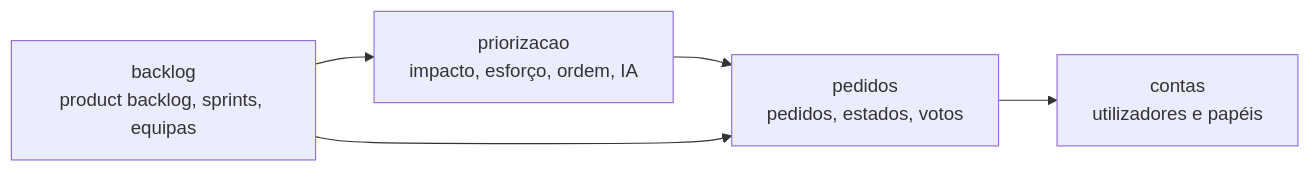
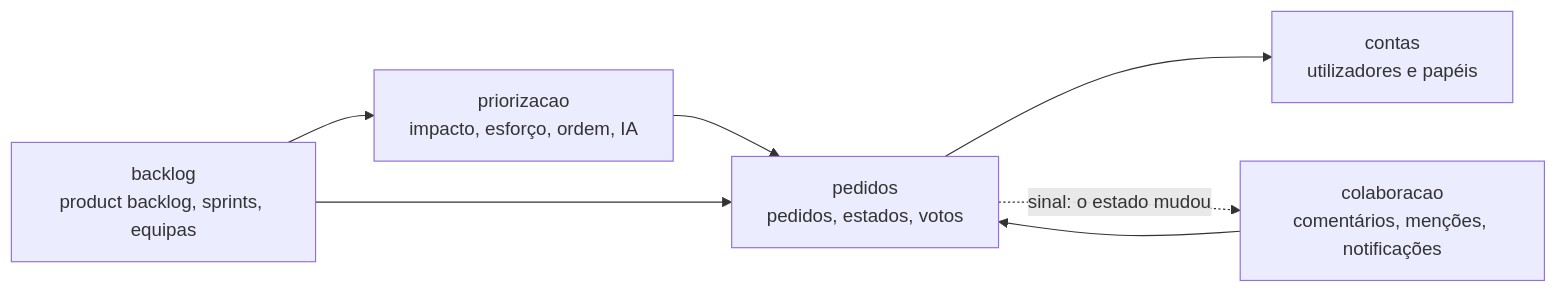
The diagram in wiki/04-arquitetura/desenho.md (TiagoPereira001/Engenharia-de-Software), drawn with Mermaid before and after one commit. The commit also changed other lines of this file and 4 other files, not shown here.

````diff
--- a/wiki/04-arquitetura/desenho.md
+++ b/wiki/04-arquitetura/desenho.md
@@ -21,11 +21,14 @@
 ```mermaid
 flowchart LR
     contas["contas<br/>utilizadores e papéis"]
     pedidos["pedidos<br/>pedidos, estados, votos"]
     priorizacao["priorizacao<br/>impacto, esforço, ordem, IA"]
     backlog["backlog<br/>product backlog, sprints, equipas"]
+    colaboracao["colaboracao<br/>comentários, menções, notificações"]
     pedidos --> contas
     priorizacao --> pedidos
     backlog --> priorizacao
     backlog --> pedidos
+    colaboracao --> pedidos
+    pedidos -. "sinal: o estado mudou" .-> colaboracao
 ```
````
